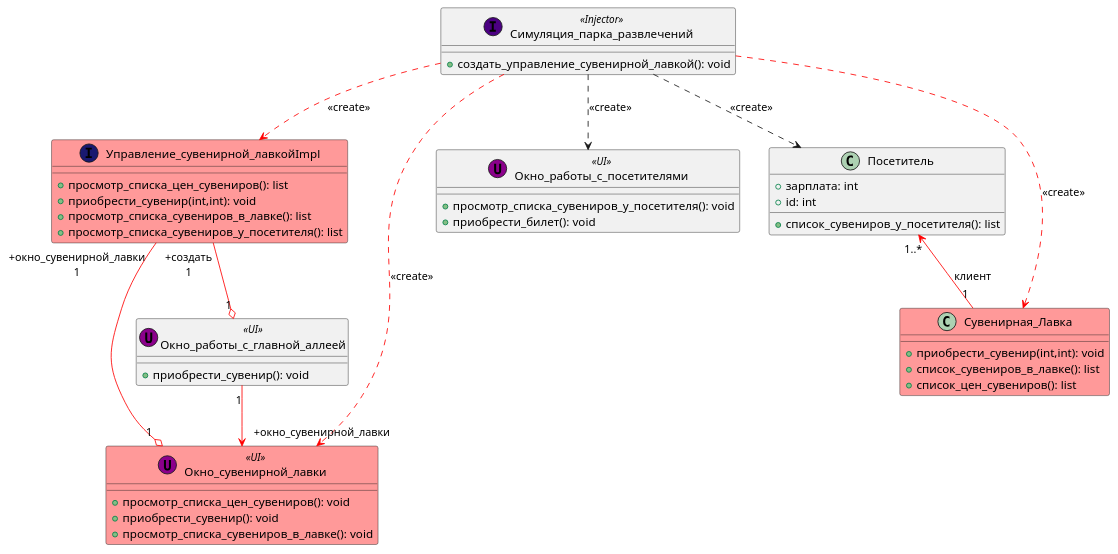
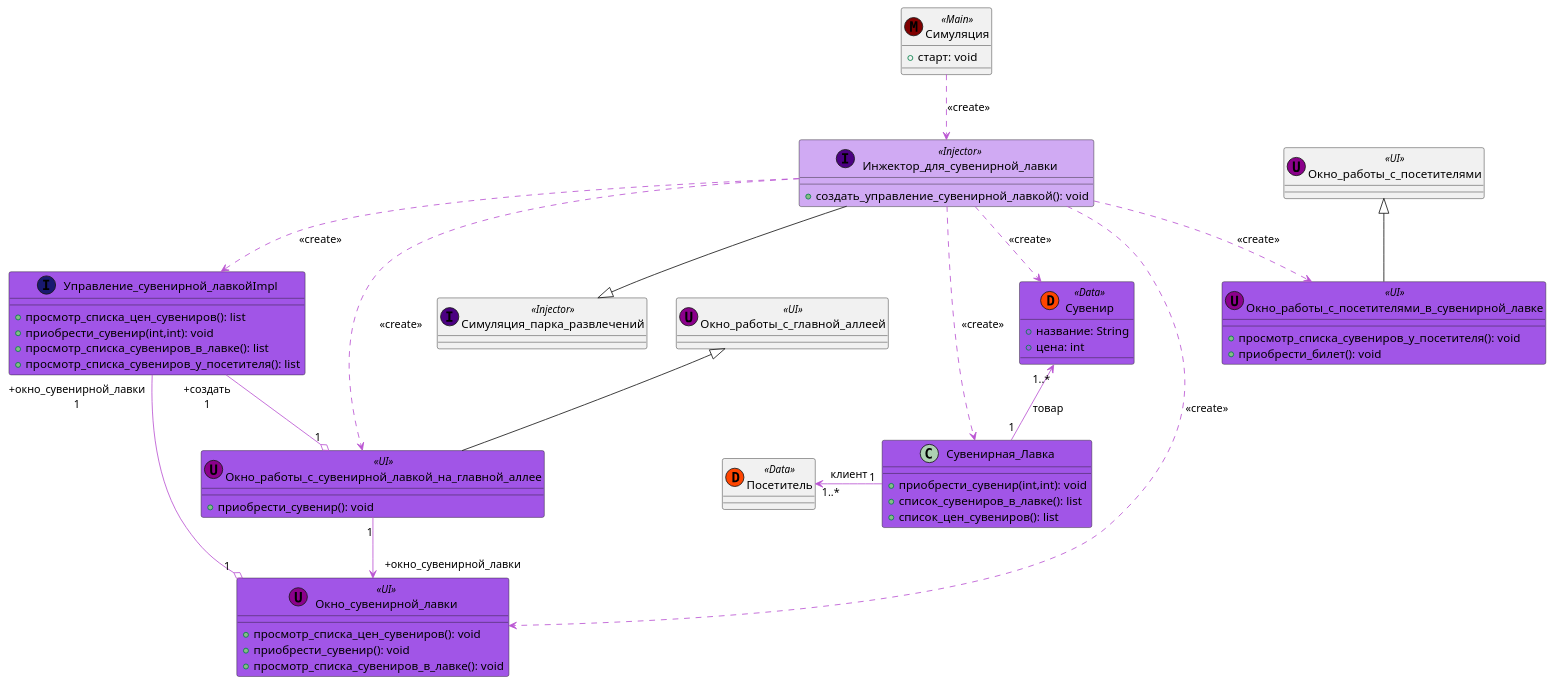
One commit to mzhirko/amusement-park changed the diagram in description/diagrams/diagrams-ru/development-class/class-develop-souvenir-shop.wsd. Above: the diagram before and after it, drawn with PlantUML. The commit also changed 10 other files, not shown here.

Commit message:
Made an attempt to fix class dev diagrams

```diff
--- a/description/diagrams/diagrams-ru/development-class/class-develop-souvenir-shop.wsd
+++ b/description/diagrams/diagrams-ru/development-class/class-develop-souvenir-shop.wsd
@@ -1,55 +1,76 @@
 @startuml
-Симуляция_парка_развлечений .[#red].> Управление_сувенирной_лавкойImpl: <<create>>
-Симуляция_парка_развлечений .[#red].> Окно_сувенирной_лавки: <<create>>
-Симуляция_парка_развлечений ..> Окно_работы_с_посетителями: <<create>>
-Симуляция_парка_развлечений ..> Посетитель: <<create>>
-Симуляция_парка_развлечений .[#red].> Сувенирная_Лавка: <<create>>
-Окно_работы_с_главной_аллеей "1" -[#red]-> " +окно_сувенирной_лавки" Окно_сувенирной_лавки
-Управление_сувенирной_лавкойImpl " +окно_сувенирной_лавки\n 1" -[#red]-o "1" Окно_сувенирной_лавки
-Управление_сувенирной_лавкойImpl " +создать\n 1" -[#red]-o "1" Окно_работы_с_главной_аллеей
-Посетитель "1..*" <-[#red]- "1" Сувенирная_Лавка: клиент
+Симуляция .[#MediumOrchid].> Инжектор_для_сувенирной_лавки: <<create>>
+Симуляция_парка_развлечений <|-up- Инжектор_для_сувенирной_лавки
+Инжектор_для_сувенирной_лавки .[#MediumOrchid].> Управление_сувенирной_лавкойImpl: <<create>>
+Инжектор_для_сувенирной_лавки .[#MediumOrchid].> Окно_сувенирной_лавки: <<create>>
+Инжектор_для_сувенирной_лавки .[#MediumOrchid].> Сувенирная_Лавка: <<create>>
+Инжектор_для_сувенирной_лавки .[#MediumOrchid].> Сувенир: <<create>>
+Сувенир "1..*" <-[#MediumOrchid]down- "1" Сувенирная_Лавка: товар
+Окно_работы_с_главной_аллеей <|-down- Окно_работы_с_сувенирной_лавкой_на_главной_аллее
+Окно_работы_с_сувенирной_лавкой_на_главной_аллее "1" -[#MediumOrchid]-> " +окно_сувенирной_лавки" Окно_сувенирной_лавки
+Управление_сувенирной_лавкойImpl " +окно_сувенирной_лавки\n 1" -[#MediumOrchid]-o "1" Окно_сувенирной_лавки
+Управление_сувенирной_лавкойImpl " +создать\n 1" -[#MediumOrchid]-o "1" Окно_работы_с_сувенирной_лавкой_на_главной_аллее
+Посетитель "1..*" <-[#MediumOrchid] "1" Сувенирная_Лавка: клиент
+Инжектор_для_сувенирной_лавки .[#MediumOrchid].> Окно_работы_с_посетителями_в_сувенирной_лавке: <<create>>
+Инжектор_для_сувенирной_лавки .[#MediumOrchid].> Окно_работы_с_сувенирной_лавкой_на_главной_аллее: <<create>>
+Окно_работы_с_посетителями <|-down- Окно_работы_с_посетителями_в_сувенирной_лавке
+
+class Симуляция << (M,Maroon) Main >> {
++ старт: void
+}
 
 class Симуляция_парка_развлечений << (I,Indigo) Injector >> {
+}
+
+class Инжектор_для_сувенирной_лавки << (I,Indigo) Injector >> #D0AAF3 {
 + создать_управление_сувенирной_лавкой(): void
 }
 
 class Окно_сувенирной_лавки << (U,DarkMagenta) UI>> {
     + просмотр_списка_цен_сувениров(): void
     + приобрести_сувенир(): void
     + просмотр_списка_сувениров_в_лавке(): void
 }
 
 class Управление_сувенирной_лавкойImpl << (I,MidnightBlue) >> {
     + просмотр_списка_цен_сувениров(): list
     + приобрести_сувенир(int,int): void
     + просмотр_списка_сувениров_в_лавке(): list
     + просмотр_списка_сувениров_у_посетителя(): list
 }
 
 class Окно_работы_с_посетителями << (U,DarkMagenta) UI>> {
+}
+
+class Окно_работы_с_посетителями_в_сувенирной_лавке << (U,DarkMagenta) UI>> #A155E7{
     + просмотр_списка_сувениров_у_посетителя(): void
     + приобрести_билет(): void
 }
 
-class Посетитель {
-    + зарплата: int
-    + id: int
-    + список_сувениров_у_посетителя(): list
+class Посетитель << (D,OrangeRed) Data>> {
 }
 
-class Сувенирная_Лавка #ff9999 {
+class Сувенир << (D,OrangeRed) Data>> #A155E7 {
+    + название: String
+    + цена: int
+}
+
+class Сувенирная_Лавка #A155E7 {
     + приобрести_сувенир(int,int): void
     + список_сувениров_в_лавке(): list
     + список_цен_сувениров(): list
 }
 
 class Окно_работы_с_главной_аллеей << (U,DarkMagenta) UI>> {
+}
+
+class Окно_работы_с_сувенирной_лавкой_на_главной_аллее << (U,DarkMagenta) UI>> #A155E7 {
     + приобрести_сувенир(): void
 }
 
-class Окно_сувенирной_лавки #ff9999 {
+class Окно_сувенирной_лавки #A155E7 {
 }
 
-class Управление_сувенирной_лавкойImpl #ff9999 {
+class Управление_сувенирной_лавкойImpl #A155E7 {
 }
 @enduml
```
